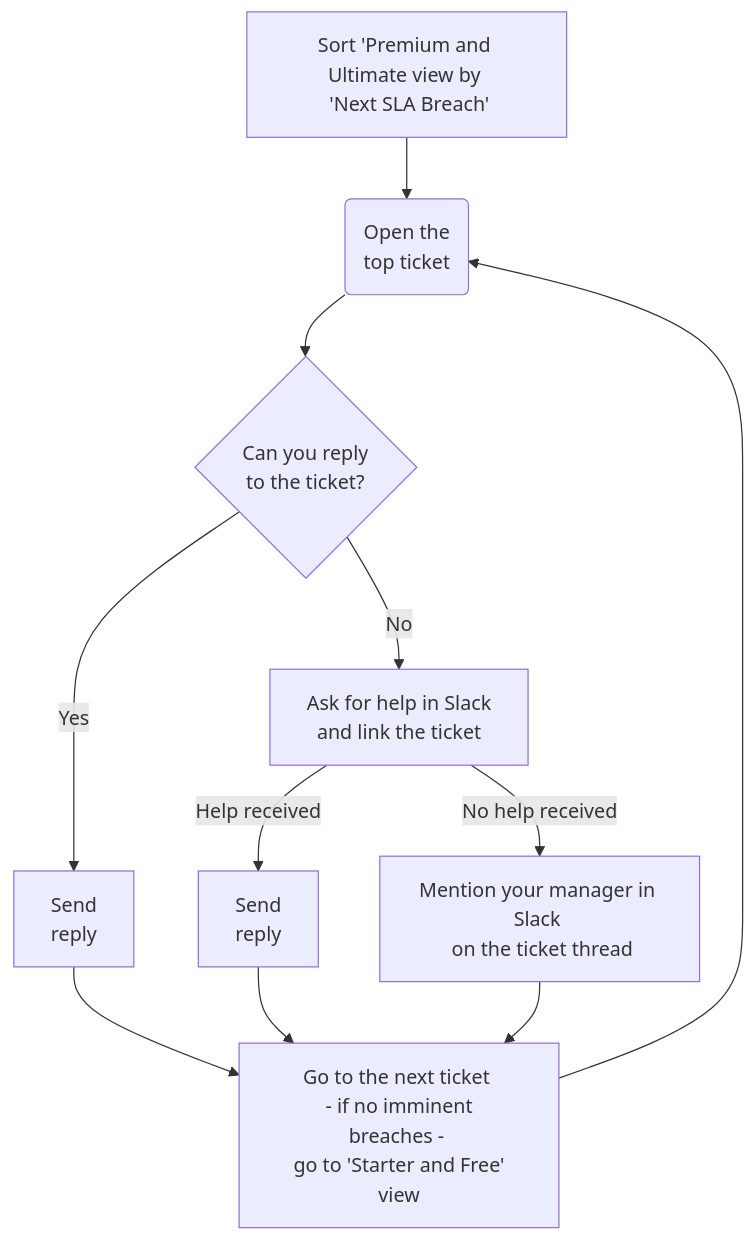
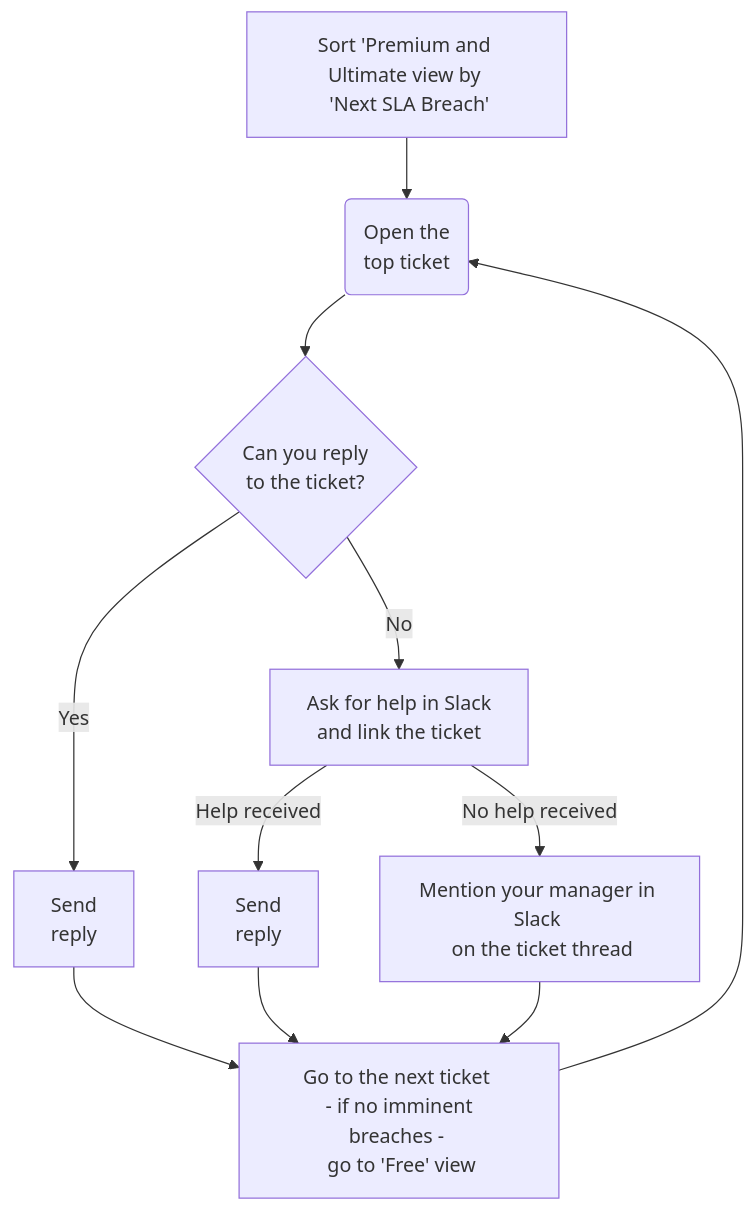
Before and after one commit to secretstartups/handbook: the first of 2 diagrams in support/workflows/meeting-service-level-objectives.html.md, drawn with Mermaid.

Commit message:
Updating last step to remove starter as an option

````diff
--- a/support/workflows/meeting-service-level-objectives.html.md
+++ b/support/workflows/meeting-service-level-objectives.html.md
@@ -102,10 +102,10 @@
    ```mermaid
    graph TD
    A[Sort 'Premium and Ultimate view by <br> 'Next SLA Breach'] -->
    B(Open the <br> top ticket)
    B --> C{Can you reply <br> to the ticket?}
    C -->|Yes| D[Send <br> reply] --> H
    C -->|No| E[Ask for help in Slack <br> and link the ticket]
    E -->|Help received| F[Send <br> reply] --> H
-   E -->|No help received| G[Mention your manager in Slack <br> on the ticket thread] --> H[Go to the next ticket <br> - if no imminent breaches - <br> go to 'Starter and Free' view] --> B
+   E -->|No help received| G[Mention your manager in Slack <br> on the ticket thread] --> H[Go to the next ticket <br> - if no imminent breaches - <br> go to 'Free' view] --> B
    ```
````
